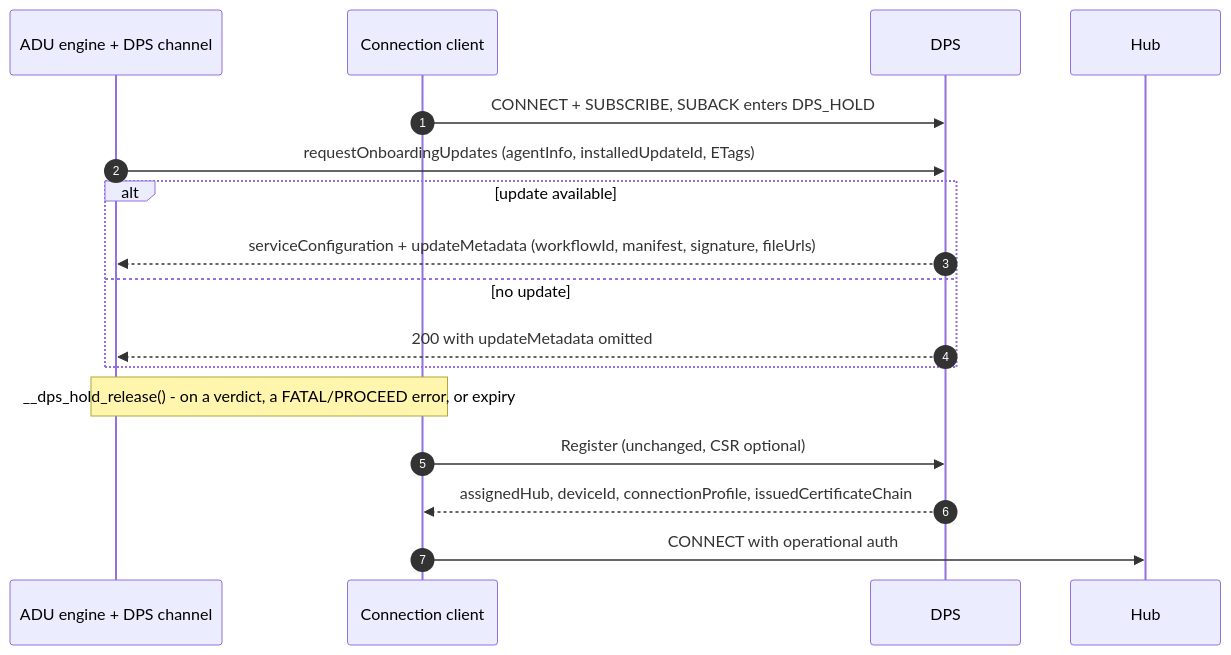
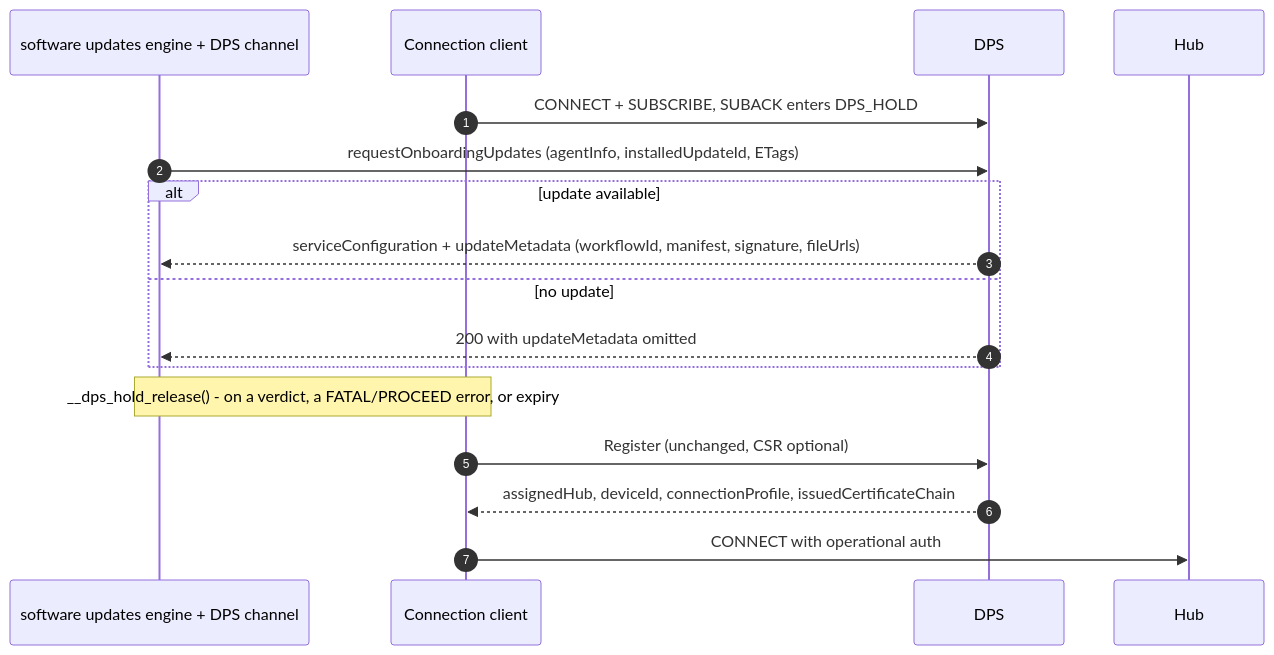
The seventh of 9 diagrams in c/docs/eng/connection-c.md (Azure/azure-iot-sdk), drawn with Mermaid before and after one commit. The commit also changed other lines of this file and 144 other files, not shown here.

First line of the commit message:
C: rename ADU to software updates (su)

````diff
--- a/c/docs/eng/connection-c.md
+++ b/c/docs/eng/connection-c.md
@@ -602,21 +602,21 @@
 ```mermaid
 sequenceDiagram
     autonumber
-    participant ADU as ADU engine + DPS channel
+    participant SU as software updates engine + DPS channel
     participant Conn as Connection client
     participant DPS
     participant Hub
 
     Conn->>DPS: CONNECT + SUBSCRIBE, SUBACK enters DPS_HOLD
-    ADU->>DPS: requestOnboardingUpdates (agentInfo, installedUpdateId, ETags)
+    SU->>DPS: requestOnboardingUpdates (agentInfo, installedUpdateId, ETags)
     alt update available
-        DPS-->>ADU: serviceConfiguration + updateMetadata (workflowId, manifest, signature, fileUrls)
+        DPS-->>SU: serviceConfiguration + updateMetadata (workflowId, manifest, signature, fileUrls)
     else no update
-        DPS-->>ADU: 200 with updateMetadata omitted
+        DPS-->>SU: 200 with updateMetadata omitted
     end
 
-    Note over ADU,Conn: __dps_hold_release() - on a verdict, a FATAL/PROCEED error, or expiry
+    Note over SU,Conn: __dps_hold_release() - on a verdict, a FATAL/PROCEED error, or expiry
     Conn->>DPS: Register (unchanged, CSR optional)
     DPS-->>Conn: assignedHub, deviceId, connectionProfile, issuedCertificateChain
     Conn->>Hub: CONNECT with operational auth
 ```
````
